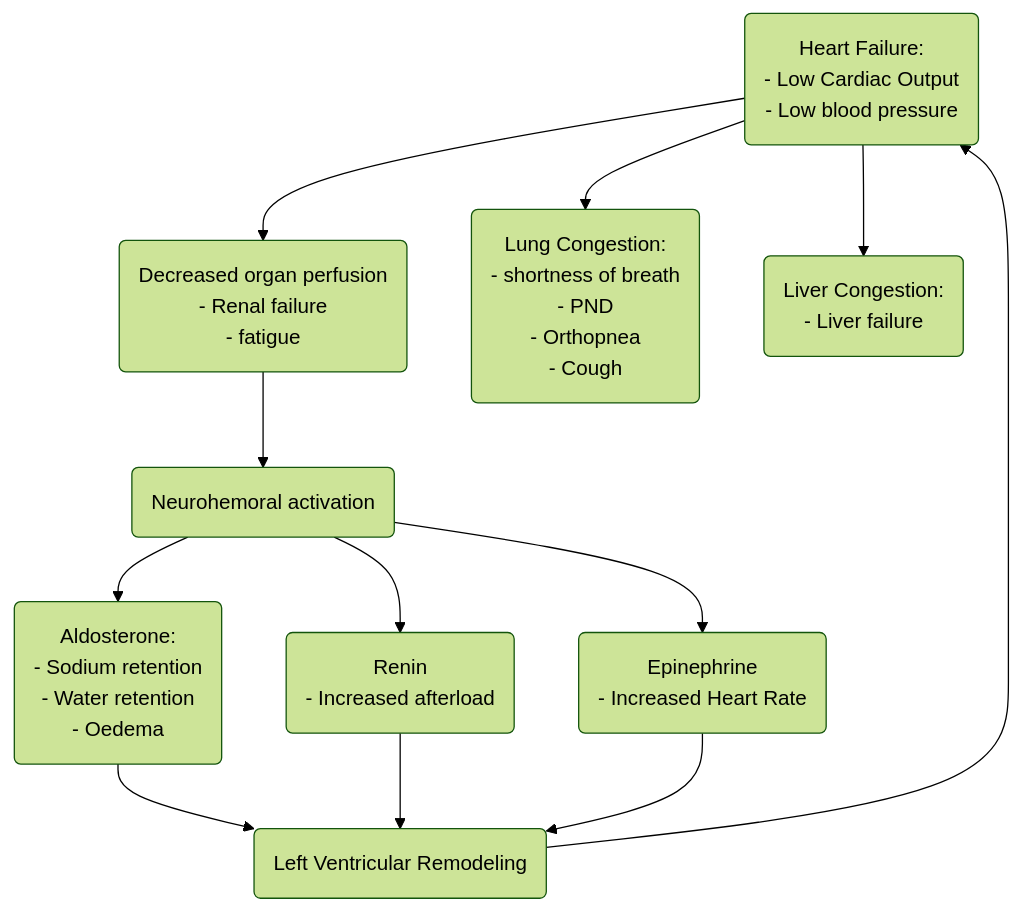
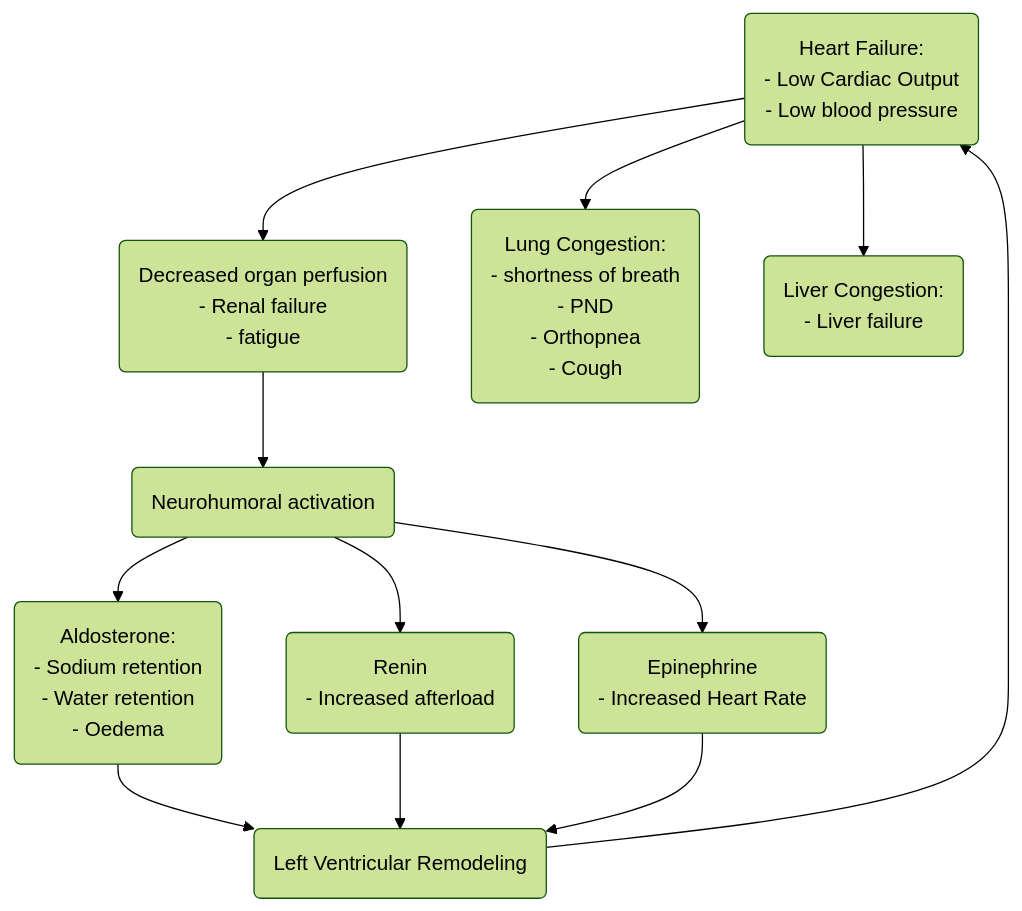
The diagram in cvs-heart-failure.qmd (sbnguah/PedicsNotes), drawn with Mermaid (forest theme) before and after one commit. The commit also changed other lines of this file and 132 other files, not shown here.

````diff
--- a/cvs-heart-failure.qmd
+++ b/cvs-heart-failure.qmd
@@ -100,14 +89,16 @@
 ```{mermaid}
+%%| label: fig-HeartFailure
+%%| fig-cap: "Pathophysiology of heart failure"
 flowchart TD
     A(Heart Failure: <br> - Low Cardiac Output <br> - Low blood pressure)-->B(Decreased organ perfusion <br> - Renal failure <br> - fatigue);
-    B-->C(Neurohemoral activation);
+    B-->C(Neurohumoral activation);
     C-->D(Epinephrine <br> - Increased Heart Rate);
     C-->E(Aldosterone: <br> - Sodium retention <br> - Water retention <br> - Oedema);
     C-->F(Renin <br> - Increased afterload);
     E-->G(Left Ventricular Remodeling);
     F-->G;
     A-->H(Lung Congestion: <br> - shortness of breath <br> - PND <br> - Orthopnea <br> - Cough)
     A-->I(Liver Congestion: <br> - Liver failure);
     G-->A;
     D-->G
 ```
````
